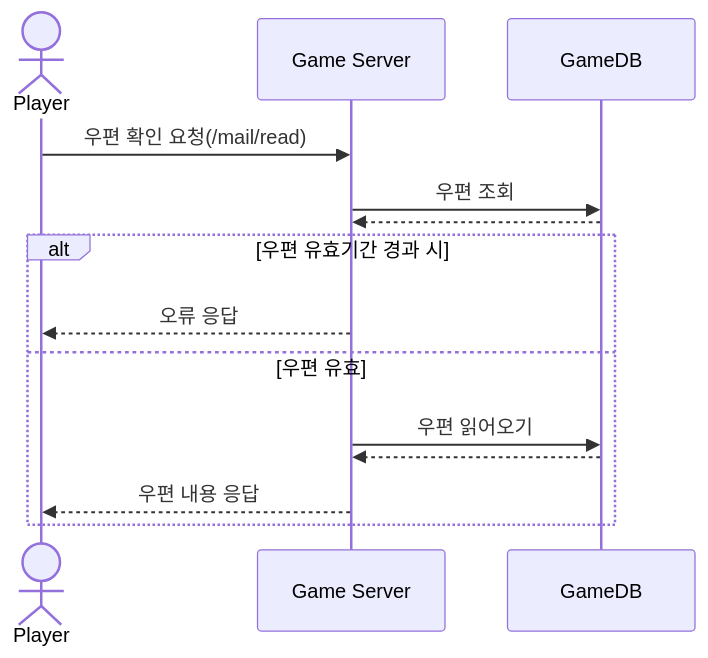
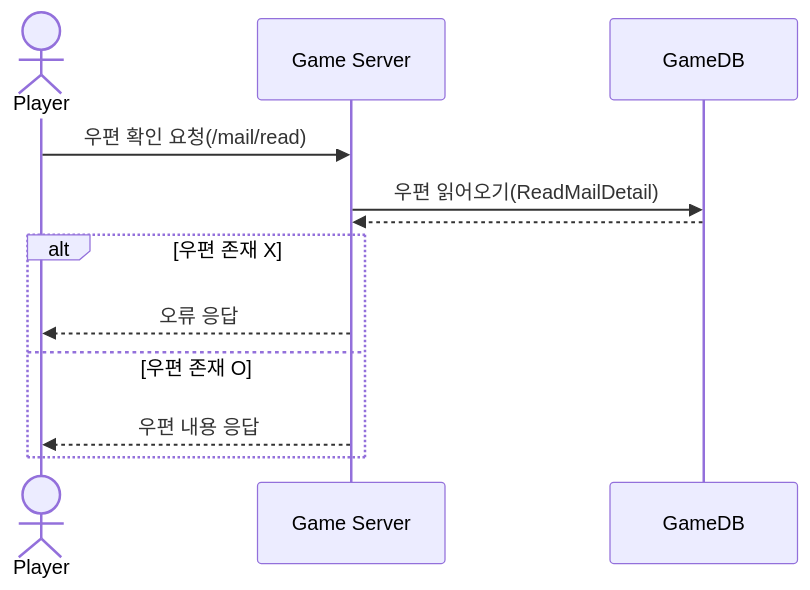
Before and after one commit to yujinS0/Omok-Game: the second of 4 diagrams in SequenceDiagram/MailBox.md, drawn with Mermaid.

````diff
--- a/SequenceDiagram/MailBox.md
+++ b/SequenceDiagram/MailBox.md
@@ -24,18 +24,15 @@
 ```mermaid
 sequenceDiagram
 	actor Player
 	participant Game Server
   	participant GameDB
 
 	Player ->> Game Server : 우편 확인 요청(/mail/read)
-	Game Server ->> GameDB : 우편 조회
+	Game Server ->> GameDB : 우편 읽어오기(ReadMailDetail)
 	GameDB -->> Game Server : 
-	alt 우편 유효기간 경과 시
+	alt 우편 존재 X
 		Game Server -->> Player : 오류 응답
-	else 우편 유효
-		Game Server ->> GameDB : 우편 읽어오기
-		GameDB -->> Game Server : 
-	
+	else 우편 존재 O
 		Game Server -->> Player : 우편 내용 응답
 	end
 ```
````
